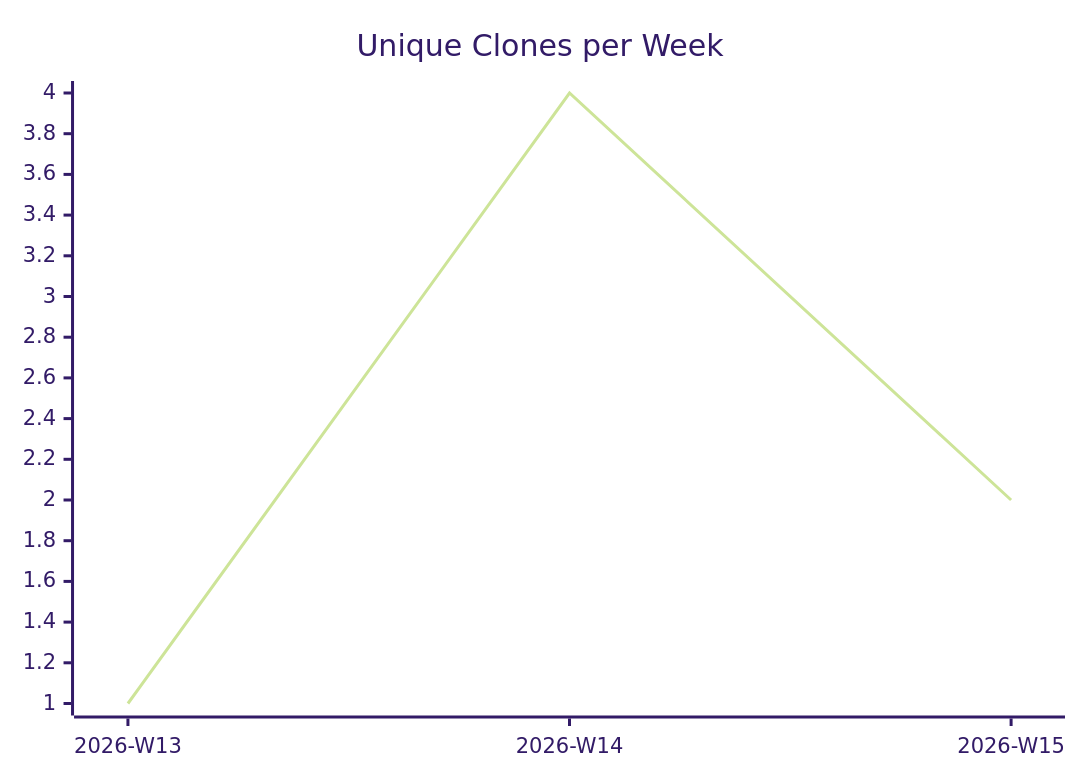
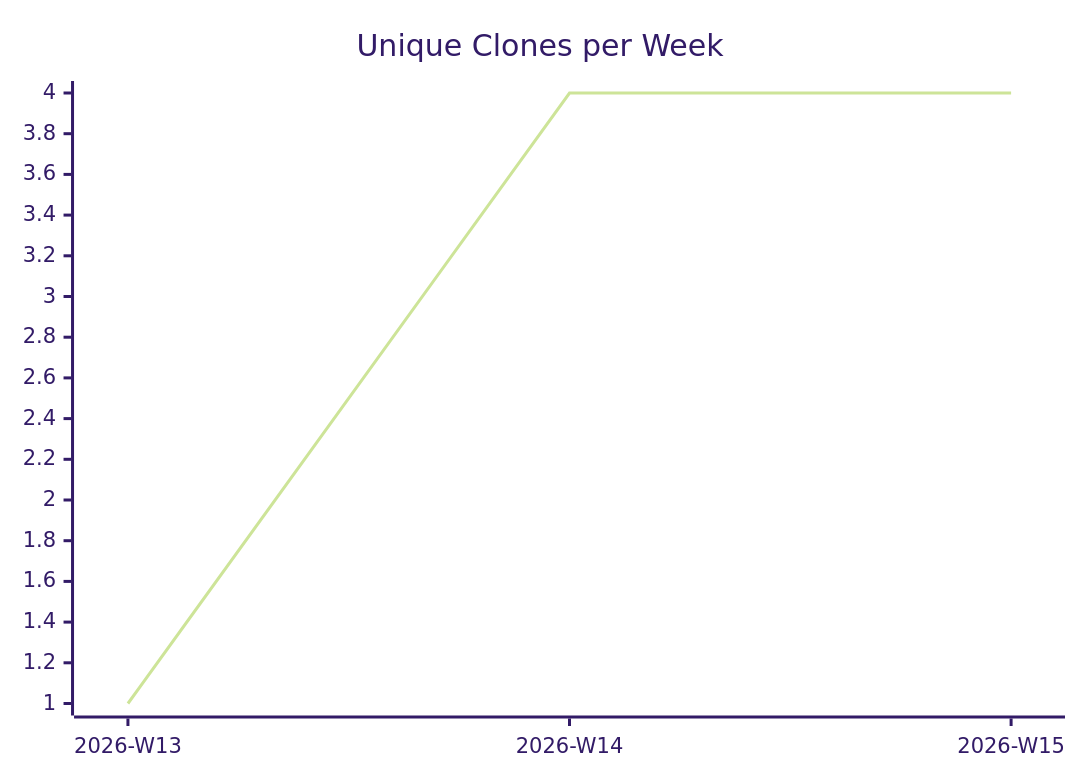
One commit to justdavis-family/github-analytics-data changed the third of 3 diagrams in karlmdavis/justdavis-puppet/README.md. Above: the diagram before and after it, drawn with Mermaid (forest theme). The commit also changed other lines of this file and 192 other files, not shown here.

````diff
--- a/karlmdavis/justdavis-puppet/README.md
+++ b/karlmdavis/justdavis-puppet/README.md
@@ -19,6 +19,6 @@
 ```mermaid
 xychart-beta
   title "Unique Clones per Week"
   x-axis ["2026-W13", "2026-W14", "2026-W15"]
-  line [1, 4, 2]
+  line [1, 4, 4]
 ```
````
